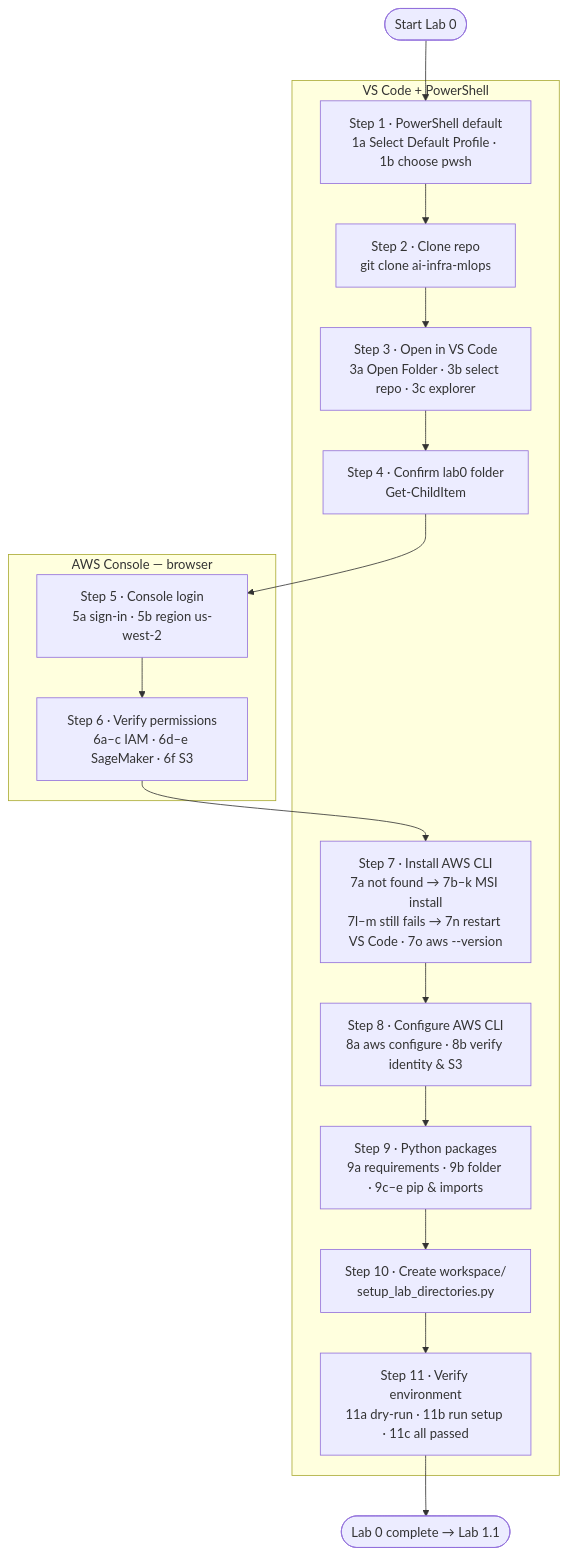
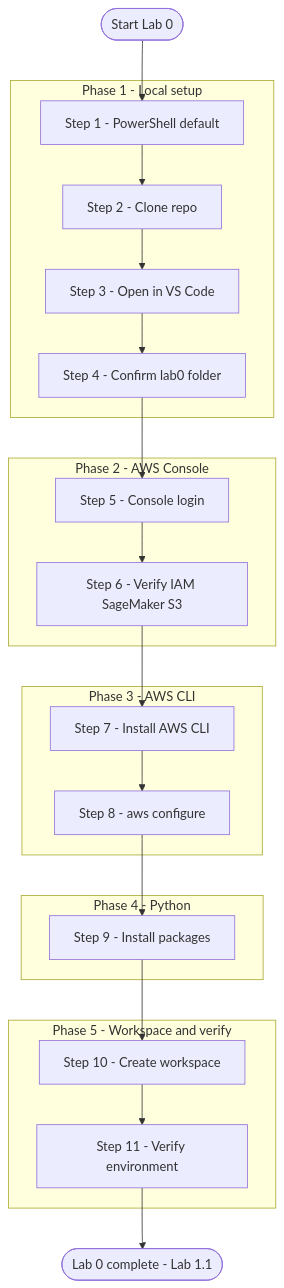
Before and after one commit to Innovation-In-Software/ai-infra-mlops: the diagram in lab0/STEPS.md, drawn with Mermaid. The commit also changed other lines of this file, not shown here.

Commit message:
Fix Lab 0 mermaid diagram: phase-based layout, substeps table

````diff
--- a/lab0/STEPS.md
+++ b/lab0/STEPS.md
@@ -16,26 +18,43 @@
 ```mermaid
 flowchart TD
-    Start([Start Lab 0]) --> S1
+    Start([Start Lab 0])
 
-    subgraph vscode [VS Code + PowerShell]
-        S1["Step 1 · PowerShell default<br/>1a Select Default Profile · 1b choose pwsh"]
-        S2["Step 2 · Clone repo<br/>git clone ai-infra-mlops"]
-        S3["Step 3 · Open in VS Code<br/>3a Open Folder · 3b select repo · 3c explorer"]
-        S4["Step 4 · Confirm lab0 folder<br/>Get-ChildItem"]
-        S7["Step 7 · Install AWS CLI<br/>7a not found → 7b–k MSI install<br/>7l–m still fails → 7n restart VS Code · 7o aws --version"]
-        S8["Step 8 · Configure AWS CLI<br/>8a aws configure · 8b verify identity & S3"]
-        S9["Step 9 · Python packages<br/>9a requirements · 9b folder · 9c–e pip & imports"]
-        S10["Step 10 · Create workspace/<br/>setup_lab_directories.py"]
-        S11["Step 11 · Verify environment<br/>11a dry-run · 11b run setup · 11c all passed"]
+    subgraph P1["Phase 1 - Local setup"]
+        S1[Step 1 - PowerShell default]
+        S2[Step 2 - Clone repo]
+        S3[Step 3 - Open in VS Code]
+        S4[Step 4 - Confirm lab0 folder]
+        S1 --> S2 --> S3 --> S4
     end
 
-    subgraph browser [AWS Console — browser]
-        S5["Step 5 · Console login<br/>5a sign-in · 5b region us-west-2"]
-        S6["Step 6 · Verify permissions<br/>6a–c IAM · 6d–e SageMaker · 6f S3"]
+    subgraph P2["Phase 2 - AWS Console"]
+        S5[Step 5 - Console login]
+        S6[Step 6 - Verify IAM SageMaker S3]
+        S5 --> S6
     end
 
-    S1 --> S2 --> S3 --> S4 --> S5
-    S5 --> S6 --> S7
-    S7 --> S8 --> S9 --> S10 --> S11
-    S11 --> Done([Lab 0 complete → Lab 1.1])
+    subgraph P3["Phase 3 - AWS CLI"]
+        S7[Step 7 - Install AWS CLI]
+        S8[Step 8 - aws configure]
+        S7 --> S8
+    end
+
+    subgraph P4["Phase 4 - Python"]
+        S9[Step 9 - Install packages]
+    end
+
+    subgraph P5["Phase 5 - Workspace and verify"]
+        S10[Step 10 - Create workspace]
+        S11[Step 11 - Verify environment]
+        S10 --> S11
+    end
+
+    Done([Lab 0 complete - Lab 1.1])
+
+    Start --> S1
+    S4 --> S5
+    S6 --> S7
+    S8 --> S9
+    S9 --> S10
+    S11 --> Done
 ```
````
